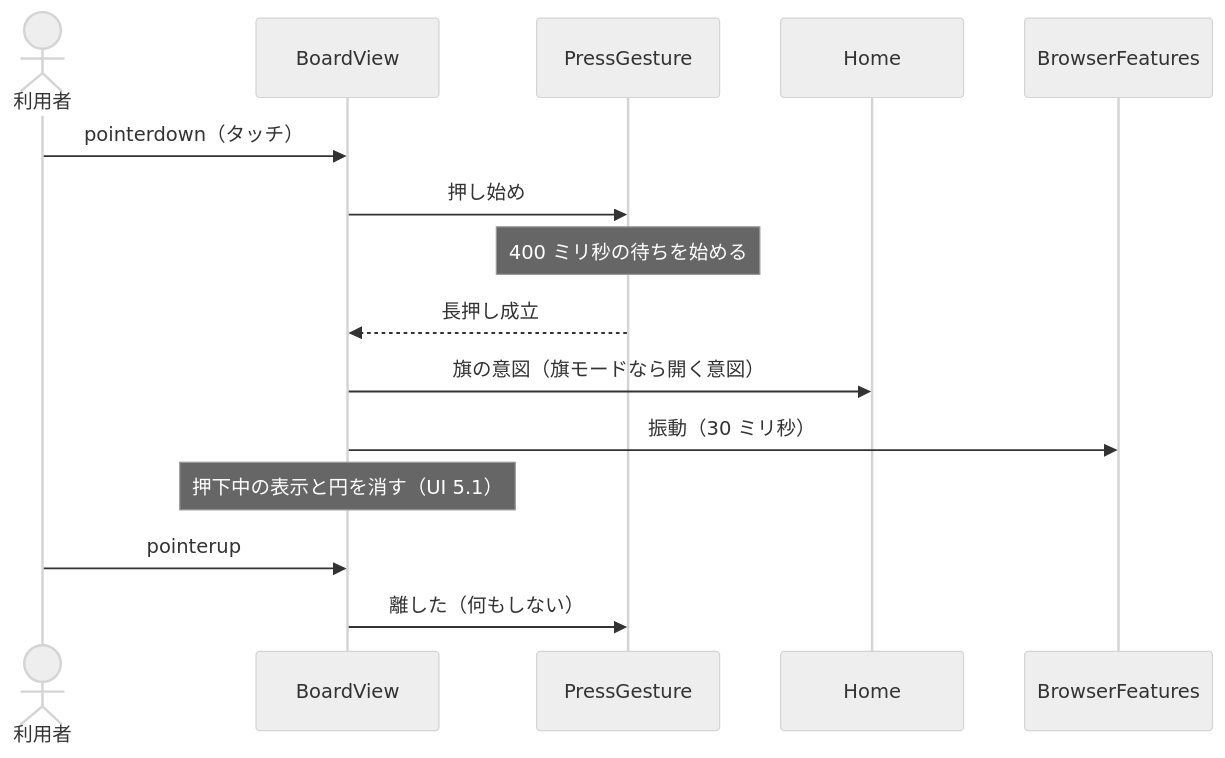
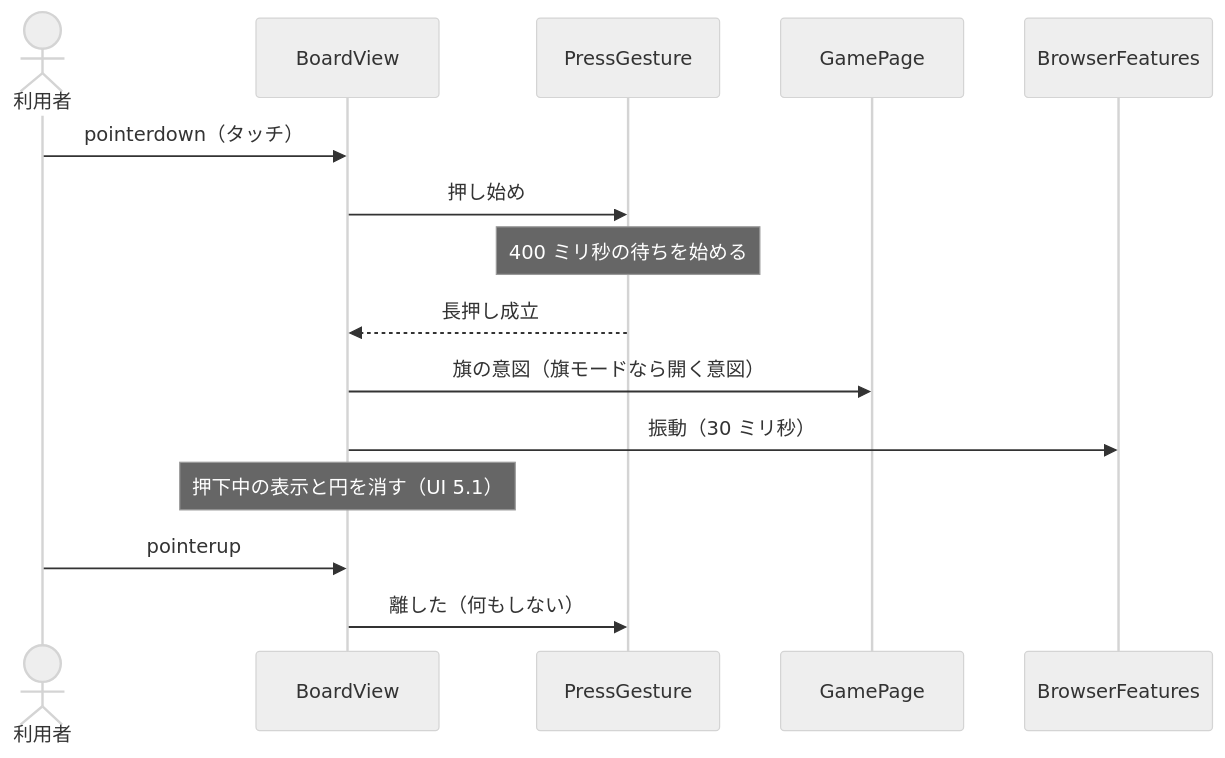
Before and after one commit to Fujiwo/Shos.Minesweeper: the eighth of 10 diagrams in docs/04-architecture.md, drawn with Mermaid (neutral theme). The commit also changed other lines of this file and 4 other files, not shown here.

````diff
--- a/docs/04-architecture.md
+++ b/docs/04-architecture.md
@@ -297,17 +328,17 @@
 ```mermaid
 sequenceDiagram
     actor User as 利用者
     participant BV as BoardView
     participant PG as PressGesture
-    participant Home
+    participant GamePage
     participant BF as BrowserFeatures
     User->>BV: pointerdown（タッチ）
     BV->>PG: 押し始め
     Note over PG: 400 ミリ秒の待ちを始める
     PG-->>BV: 長押し成立
-    BV->>Home: 旗の意図（旗モードなら開く意図）
+    BV->>GamePage: 旗の意図（旗モードなら開く意図）
     BV->>BF: 振動（30 ミリ秒）
     Note over BV: 押下中の表示と円を消す（UI 5.1）
     User->>BV: pointerup
     BV->>PG: 離した（何もしない）
 ```
````
